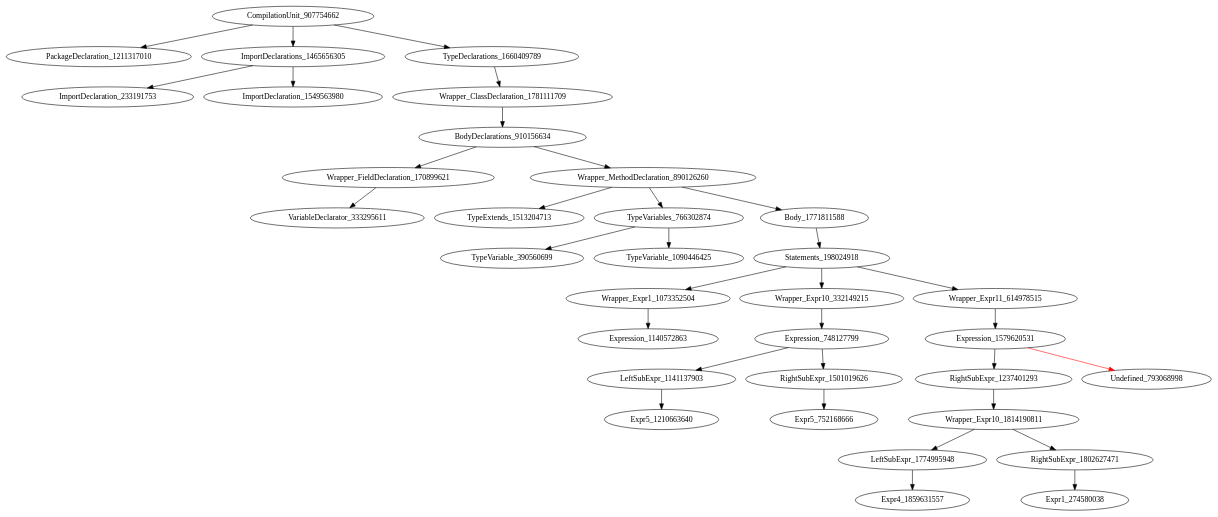
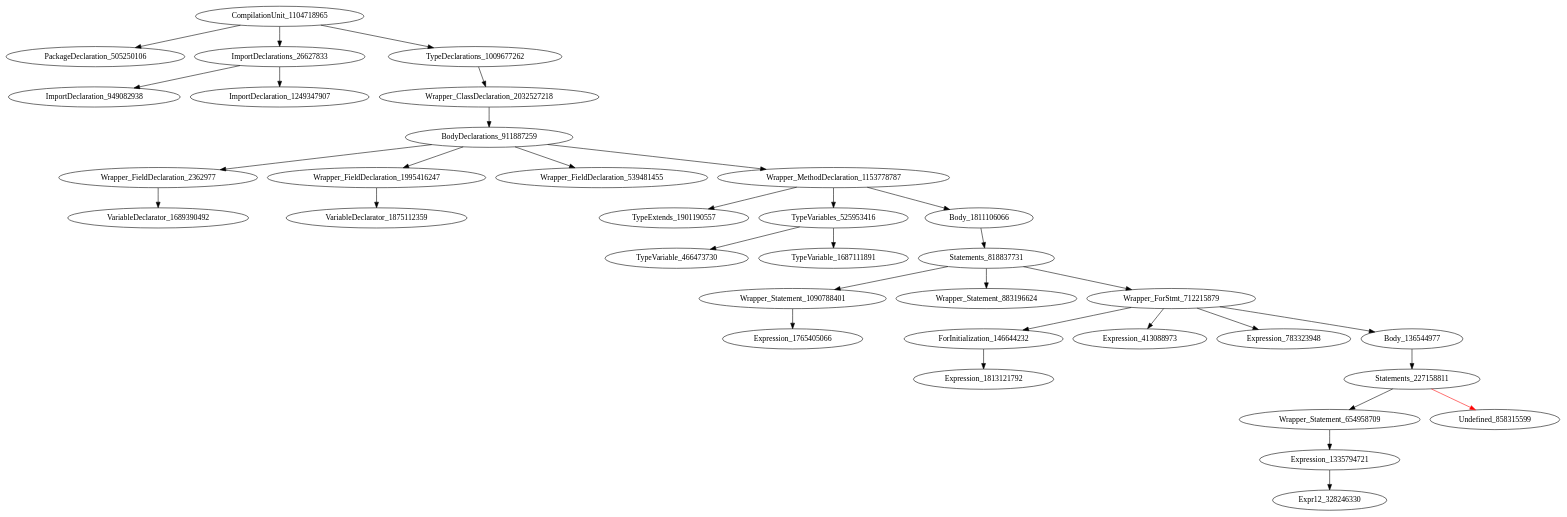
Before and after one commit to icse2023material/VoiceJava: the diagram in holeAST.dot, drawn with Graphviz. The commit also changed 4 other files, not shown here.

Commit message:
[add] finish exprStmt generation in forStmt

```diff
--- a/holeAST.dot
+++ b/holeAST.dot
@@ -1,35 +1,35 @@
 digraph {
-CompilationUnit_907754662 -> PackageDeclaration_1211317010
-CompilationUnit_907754662 -> ImportDeclarations_1465656305
-CompilationUnit_907754662 -> TypeDeclarations_1660409789
-ImportDeclarations_1465656305 -> ImportDeclaration_233191753
-ImportDeclarations_1465656305 -> ImportDeclaration_1549563980
-TypeDeclarations_1660409789 -> Wrapper_ClassDeclaration_1781111709
-Wrapper_ClassDeclaration_1781111709 -> BodyDeclarations_910156634
-BodyDeclarations_910156634 -> Wrapper_FieldDeclaration_170899621
-BodyDeclarations_910156634 -> Wrapper_MethodDeclaration_890126260
-Wrapper_FieldDeclaration_170899621 -> VariableDeclarator_333295611
-Wrapper_MethodDeclaration_890126260 -> TypeExtends_1513204713
-Wrapper_MethodDeclaration_890126260 -> TypeVariables_766302874
-Wrapper_MethodDeclaration_890126260 -> Body_1771811588
-TypeVariables_766302874 -> TypeVariable_390560699
-TypeVariables_766302874 -> TypeVariable_1090446425
-Body_1771811588 -> Statements_198024918
-Statements_198024918 -> Wrapper_Expr1_1073352504
-Statements_198024918 -> Wrapper_Expr10_332149215
-Statements_198024918 -> Wrapper_Expr11_614978515
-Wrapper_Expr1_1073352504 -> Expression_1140572863
-Wrapper_Expr10_332149215 -> Expression_748127799
-Wrapper_Expr11_614978515 -> Expression_1579620531
-Expression_748127799 -> LeftSubExpr_1141137903
-Expression_748127799 -> RightSubExpr_1501019626
-Expression_1579620531 -> RightSubExpr_1237401293
-Expression_1579620531 -> Undefined_793068998 [color = red] 
-LeftSubExpr_1141137903 -> Expr5_1210663640
-RightSubExpr_1501019626 -> Expr5_752168666
-RightSubExpr_1237401293 -> Wrapper_Expr10_1814190811
-Wrapper_Expr10_1814190811 -> LeftSubExpr_1774995948
-Wrapper_Expr10_1814190811 -> RightSubExpr_1802627471
-LeftSubExpr_1774995948 -> Expr4_1859631557
-RightSubExpr_1802627471 -> Expr1_274580038
+CompilationUnit_1104718965 -> PackageDeclaration_505250106
+CompilationUnit_1104718965 -> ImportDeclarations_26627833
+CompilationUnit_1104718965 -> TypeDeclarations_1009677262
+ImportDeclarations_26627833 -> ImportDeclaration_949082938
+ImportDeclarations_26627833 -> ImportDeclaration_1249347907
+TypeDeclarations_1009677262 -> Wrapper_ClassDeclaration_2032527218
+Wrapper_ClassDeclaration_2032527218 -> BodyDeclarations_911887259
+BodyDeclarations_911887259 -> Wrapper_FieldDeclaration_2362977
+BodyDeclarations_911887259 -> Wrapper_FieldDeclaration_1995416247
+BodyDeclarations_911887259 -> Wrapper_FieldDeclaration_539481455
+BodyDeclarations_911887259 -> Wrapper_MethodDeclaration_1153778787
+Wrapper_FieldDeclaration_2362977 -> VariableDeclarator_1689390492
+Wrapper_FieldDeclaration_1995416247 -> VariableDeclarator_1875112359
+Wrapper_MethodDeclaration_1153778787 -> TypeExtends_1901190557
+Wrapper_MethodDeclaration_1153778787 -> TypeVariables_525953416
+Wrapper_MethodDeclaration_1153778787 -> Body_1811106066
+TypeVariables_525953416 -> TypeVariable_466473730
+TypeVariables_525953416 -> TypeVariable_1687111891
+Body_1811106066 -> Statements_818837731
+Statements_818837731 -> Wrapper_Statement_1090788401
+Statements_818837731 -> Wrapper_Statement_883196624
+Statements_818837731 -> Wrapper_ForStmt_712215879
+Wrapper_Statement_1090788401 -> Expression_1765405066
+Wrapper_ForStmt_712215879 -> ForInitialization_146644232
+Wrapper_ForStmt_712215879 -> Expression_413088973
+Wrapper_ForStmt_712215879 -> Expression_783323948
+Wrapper_ForStmt_712215879 -> Body_136544977
+ForInitialization_146644232 -> Expression_1813121792
+Body_136544977 -> Statements_227158811
+Statements_227158811 -> Wrapper_Statement_654958709
+Statements_227158811 -> Undefined_858315599 [color = red] 
+Wrapper_Statement_654958709 -> Expression_1335794721
+Expression_1335794721 -> Expr12_328246330
 }
```
